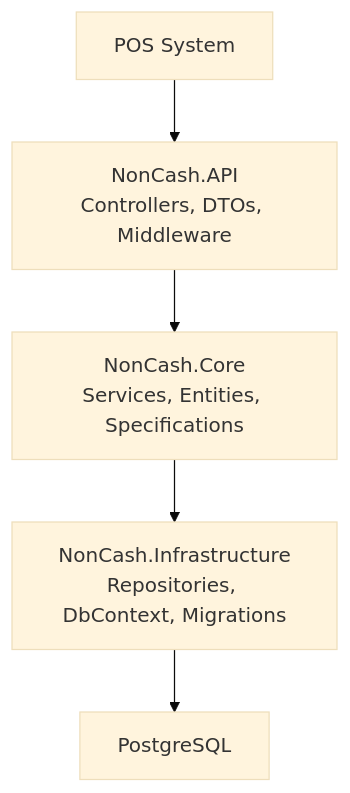
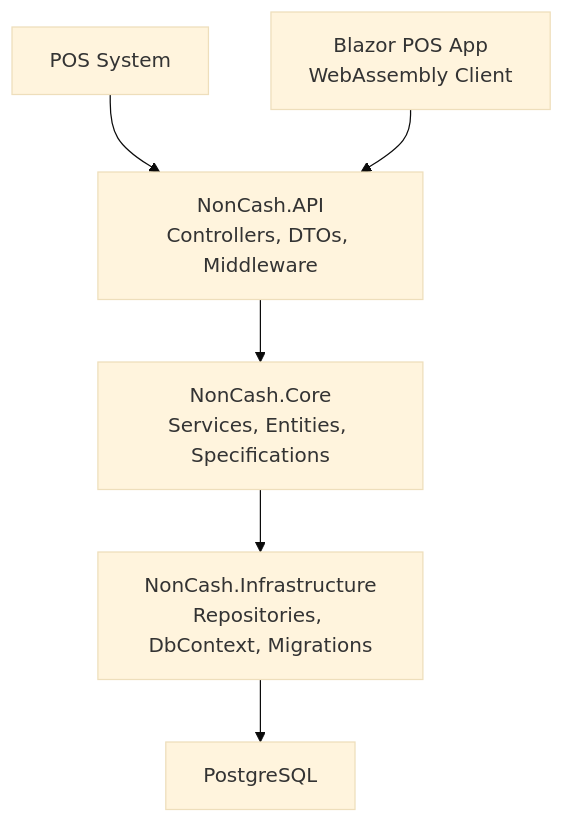
The first of 7 diagrams in .qoder/repowiki/en/content/API Contracts and Integration/POS Integration API/POS Integration API.md (lamhongbac/NonCash), drawn with Mermaid (base theme) before and after one commit. The commit also changed other lines of this file and 133 other files, not shown here.

````diff
--- a/.qoder/repowiki/en/content/API Contracts and Integration/POS Integration API/POS Integration API.md
+++ b/.qoder/repowiki/en/content/API Contracts and Integration/POS Integration API/POS Integration API.md
@@ -60,7 +77,8 @@
 ```mermaid
 graph TB
 POS["POS System"] --> API["NonCash.API<br/>Controllers, DTOs, Middleware"]
+BLAZOR["Blazor POS App<br/>WebAssembly Client"] --> API
 API --> BLL["NonCash.Core<br/>Services, Entities, Specifications"]
 BLL --> DAL["NonCash.Infrastructure<br/>Repositories, DbContext, Migrations"]
 DAL --> DB["PostgreSQL"]
 ```
````
